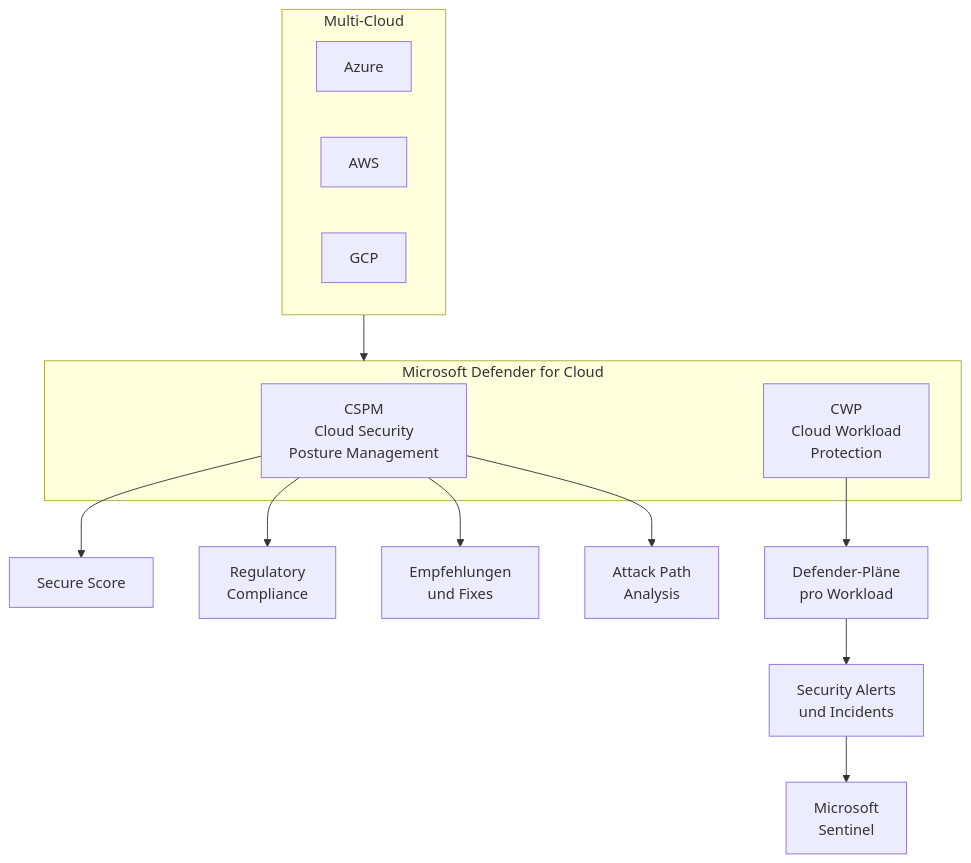
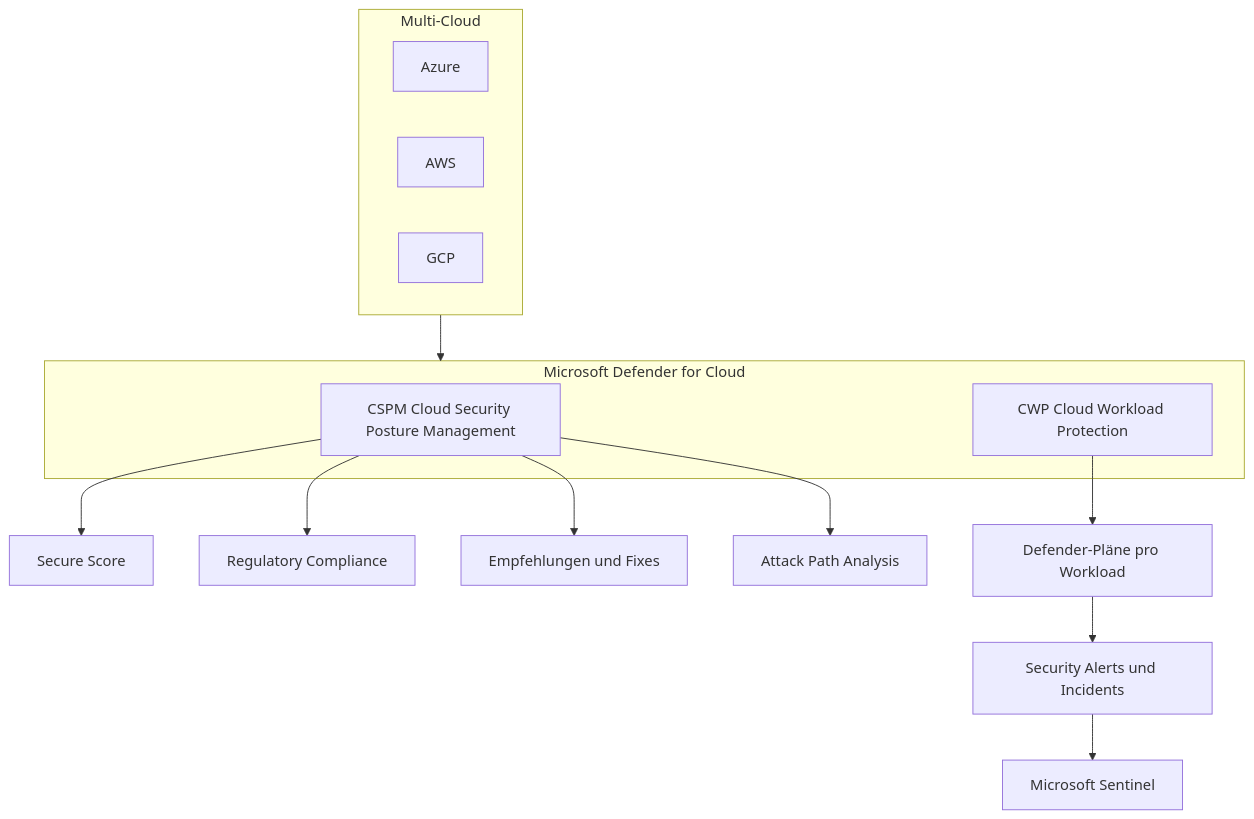
Before and after one commit to SoniiiT/notes-n-docs: the first of 6 diagrams in Microsoft 365/Azure/Sicherheit/Microsoft Defender for Cloud.md, drawn with Mermaid. The commit also changed other lines of this file and 124 other files, not shown here.

First line of the commit message:
fix: Entferne \n aus allen Mermaid-Diagrammen (125 Dateien)

````diff
--- a/Microsoft 365/Azure/Sicherheit/Microsoft Defender for Cloud.md
+++ b/Microsoft 365/Azure/Sicherheit/Microsoft Defender for Cloud.md
@@ -33,24 +33,24 @@
 ```mermaid
 graph TD
     subgraph MDfC["Microsoft Defender for Cloud"]
-        CSPM["CSPM\nCloud Security\nPosture Management"]
-        CWP["CWP\nCloud Workload\nProtection"]
+        CSPM["CSPM Cloud Security Posture Management"]
+        CWP["CWP Cloud Workload Protection"]
     end
 
     CSPM --> SS["Secure Score"]
-    CSPM --> RC["Regulatory\nCompliance"]
-    CSPM --> REC["Empfehlungen\nund Fixes"]
-    CSPM --> APA["Attack Path\nAnalysis"]
+    CSPM --> RC["Regulatory Compliance"]
+    CSPM --> REC["Empfehlungen und Fixes"]
+    CSPM --> APA["Attack Path Analysis"]
 
-    CWP --> PLANS["Defender-Pläne\npro Workload"]
-    PLANS --> AL["Security Alerts\nund Incidents"]
-    AL --> SENT["Microsoft\nSentinel"]
+    CWP --> PLANS["Defender-Pläne pro Workload"]
+    PLANS --> AL["Security Alerts und Incidents"]
+    AL --> SENT["Microsoft Sentinel"]
 
     subgraph CLOUDS["Multi-Cloud"]
         AZ["Azure"]
         AWS["AWS"]
         GCP["GCP"]
     end
 
     CLOUDS --> MDfC
 ```
````
